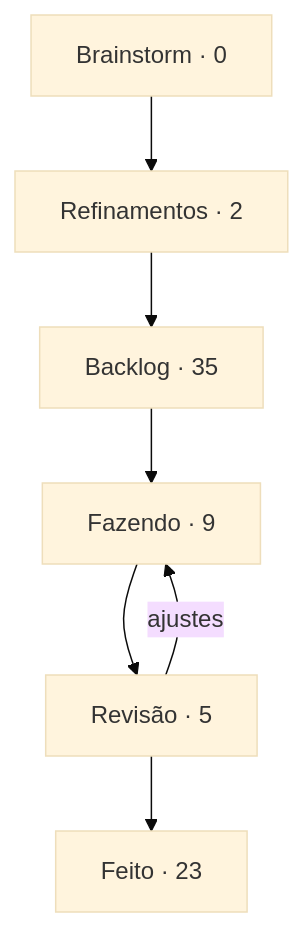
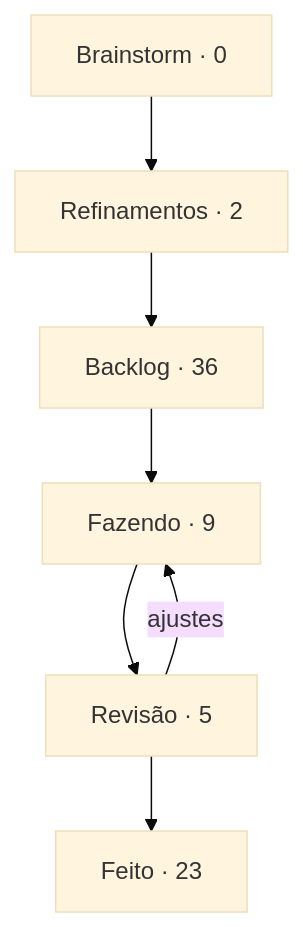
One commit to StudioVibi/VibiKanban changed the diagram in boards/dungeon-bend/BOARD.md. Above: the diagram before and after it, drawn with Mermaid (base theme). The commit also changed other lines of this file and 3 other files, not shown here.

````diff
--- a/boards/dungeon-bend/BOARD.md
+++ b/boards/dungeon-bend/BOARD.md
@@ -5,12 +5,12 @@
 ```mermaid
 flowchart TD
   brainstorm["Brainstorm · 0"] --> refinamentos["Refinamentos · 2"]
-  refinamentos --> backlog["Backlog · 35"]
+  refinamentos --> backlog["Backlog · 36"]
   backlog --> doing["Fazendo · 9"]
   doing --> review["Revisão · 5"]
   review --> done["Feito · 23"]
   review -->|ajustes| doing
   doing:::blue
   review:::yellow
   done:::green
 ```
````
